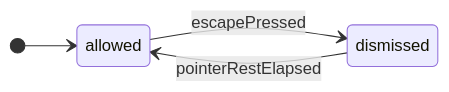
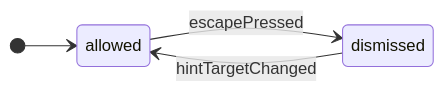
One commit to GoodRelax/gr-scheduler changed diagram 11 of 24 in docs/spec/_assets/tbl-state-machines.md. Above: the diagram before and after it, drawn with Mermaid. The commit also changed other lines of this file and 42 other files, not shown here.

````diff
--- a/docs/spec/_assets/tbl-state-machines.md
+++ b/docs/spec/_assets/tbl-state-machines.md
@@ -385,9 +390,9 @@
 ```mermaid
 stateDiagram-v2
     direction LR
     [*] --> tooltipDisplayStateMachine_allowed
     tooltipDisplayStateMachine_allowed : allowed
     tooltipDisplayStateMachine_dismissed : dismissed
     tooltipDisplayStateMachine_allowed --> tooltipDisplayStateMachine_dismissed : escapePressed
-    tooltipDisplayStateMachine_dismissed --> tooltipDisplayStateMachine_allowed : pointerRestElapsed
+    tooltipDisplayStateMachine_dismissed --> tooltipDisplayStateMachine_allowed : hintTargetChanged
 ```
````
